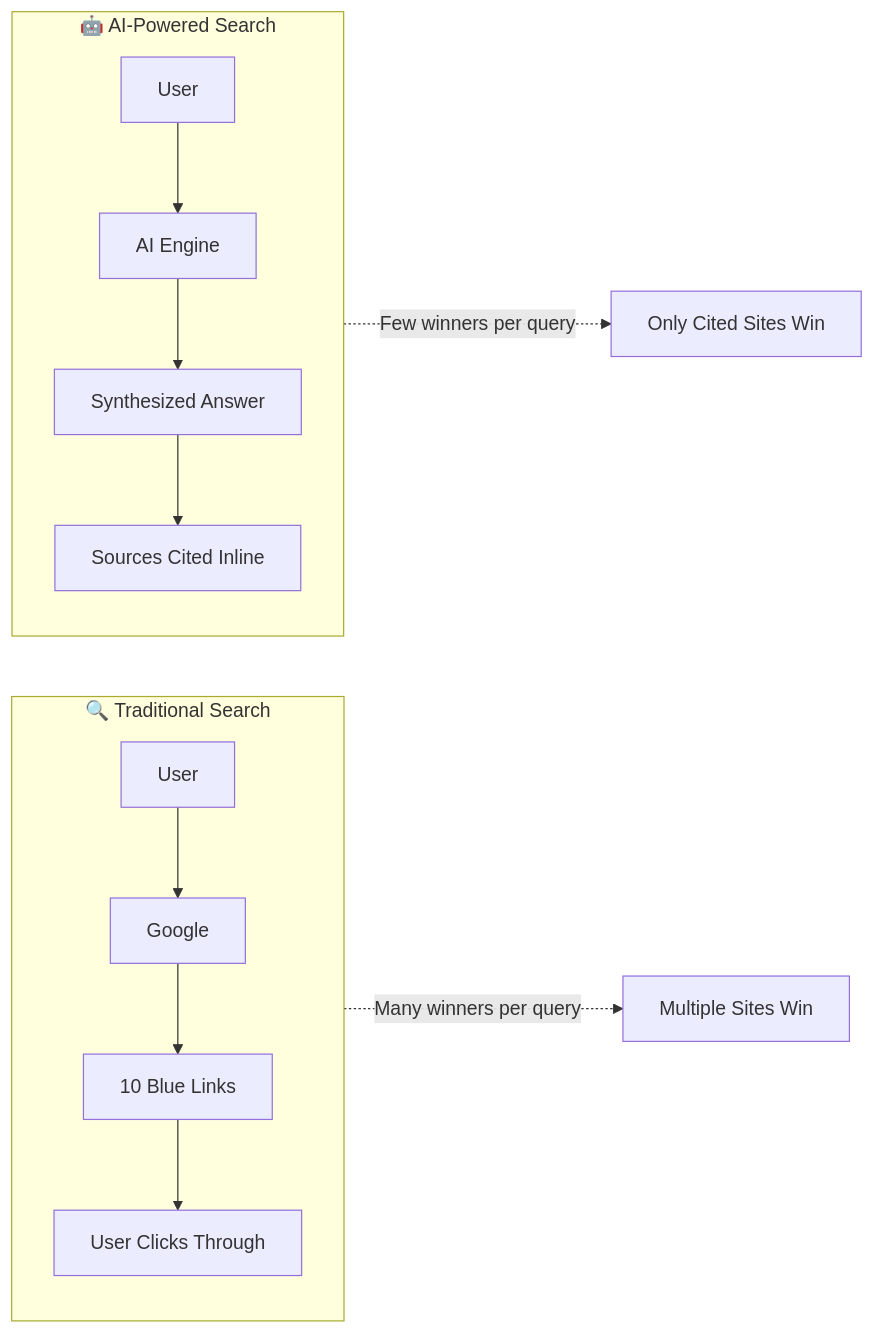
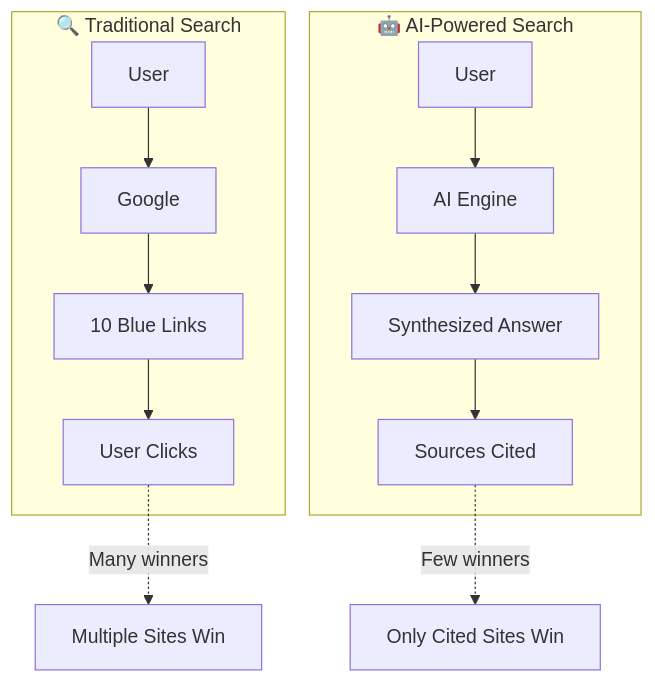
The first of 6 diagrams in _posts/2026-01-03-generative-engine-optimization-geo.md (ajing/ajing.github.io), drawn with Mermaid before and after one commit. The commit also changed other lines of this file and 16 other files, not shown here.

Commit message:
Improve Mermaid diagrams: more compact layout and cleaner default theme

```diff
--- a/_posts/2026-01-03-generative-engine-optimization-geo.md
+++ b/_posts/2026-01-03-generative-engine-optimization-geo.md
@@ -18,19 +18,13 @@
 <div class="mermaid">
-flowchart LR
+flowchart TB
     subgraph Traditional["🔍 Traditional Search"]
-        direction TB
-        U1[User] --> G[Google]
-        G --> L[10 Blue Links]
-        L --> C[User Clicks Through]
+        U1[User] --> G[Google] --> L[10 Blue Links] --> C[User Clicks]
     end
     
     subgraph AI["🤖 AI-Powered Search"]
-        direction TB
-        U2[User] --> A[AI Engine]
-        A --> S[Synthesized Answer]
-        S --> CI[Sources Cited Inline]
+        U2[User] --> A[AI Engine] --> S[Synthesized Answer] --> CI[Sources Cited]
     end
     
-    Traditional -.->|"Many winners per query"| W1[Multiple Sites Win]
-    AI -.->|"Few winners per query"| W2[Only Cited Sites Win]
+    C -.->|"Many winners"| W1[Multiple Sites Win]
+    CI -.->|"Few winners"| W2[Only Cited Sites Win]
 </div>
```
